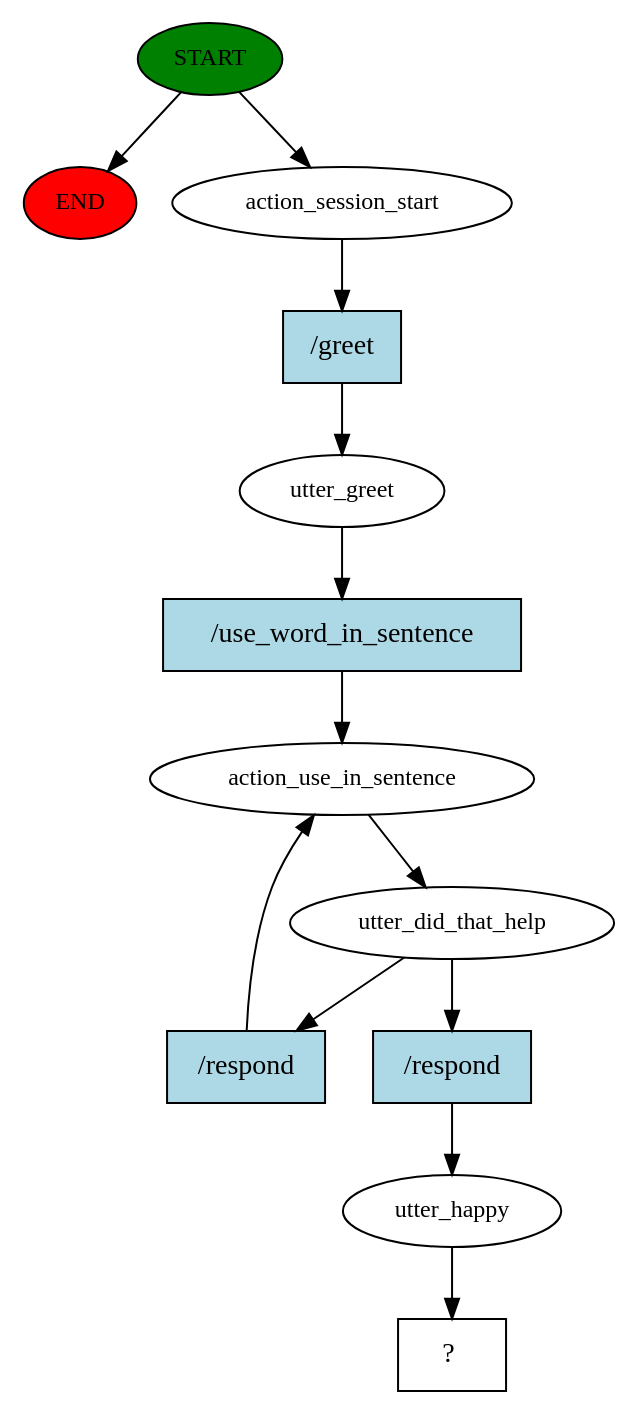
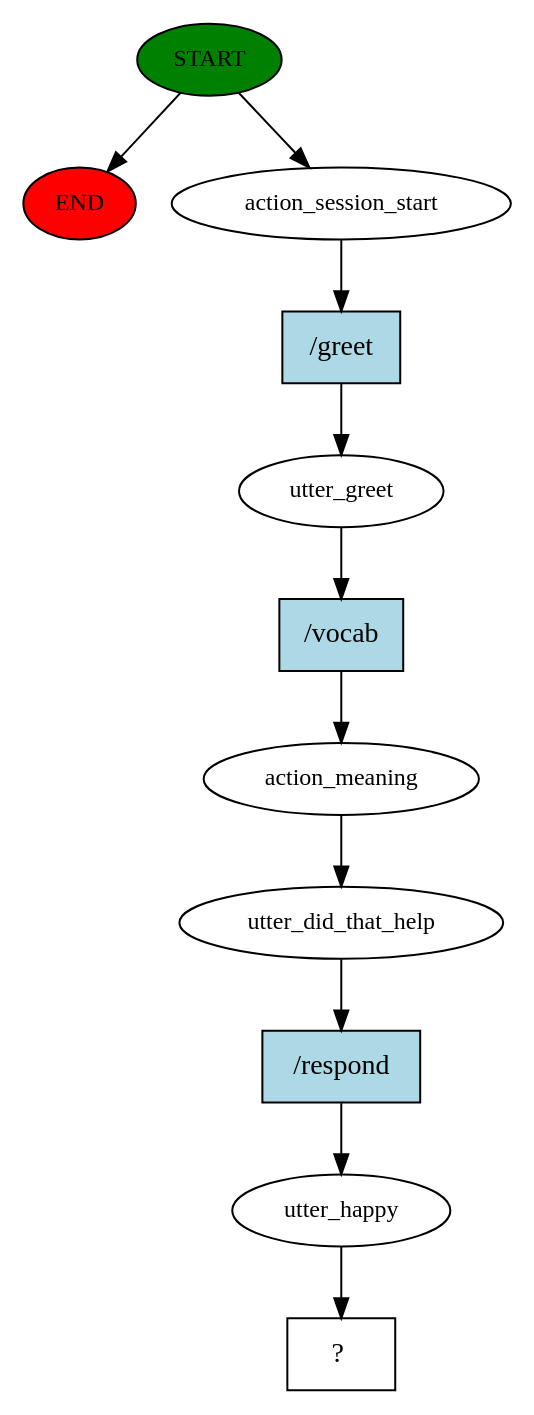
The diagram in story_graph.dot (SockAndSandal/Quire_GrammarChatbot), drawn with Graphviz before and after one commit. The commit also changed 11 other files, not shown here.

```diff
--- a/story_graph.dot
+++ b/story_graph.dot
@@ -1,26 +1,23 @@
 digraph  {
 0 [class="start active", fillcolor=green, fontsize=12, label=START, style=filled];
 "-1" [class=end, fillcolor=red, fontsize=12, label=END, style=filled];
 1 [class=active, fontsize=12, label=action_session_start];
 2 [class=active, fontsize=12, label=utter_greet];
-3 [class=active, fontsize=12, label=action_use_in_sentence];
+3 [class=active, fontsize=12, label=action_meaning];
 4 [class=active, fontsize=12, label=utter_did_that_help];
-9 [class=active, fontsize=12, label=utter_happy];
-10 [class="intent dashed active", label="  ?  ", shape=rect];
-11 [class="intent active", fillcolor=lightblue, label="/greet", shape=rect, style=filled];
-12 [class="intent active", fillcolor=lightblue, label="/use_word_in_sentence", shape=rect, style=filled];
-13 [class="intent active", fillcolor=lightblue, label="/respond", shape=rect, style=filled];
-14 [class="intent active", fillcolor=lightblue, label="/respond", shape=rect, style=filled];
+5 [class=active, fontsize=12, label=utter_happy];
+6 [class="intent dashed active", label="  ?  ", shape=rect];
+7 [class="intent active", fillcolor=lightblue, label="/greet", shape=rect, style=filled];
+8 [class="intent active", fillcolor=lightblue, label="/vocab", shape=rect, style=filled];
+9 [class="intent active", fillcolor=lightblue, label="/respond", shape=rect, style=filled];
 0 -> "-1"  [class="", key=NONE, label=""];
 0 -> 1  [class=active, key=NONE, label=""];
-1 -> 11  [class=active, key=0];
-2 -> 12  [class=active, key=0];
+1 -> 7  [class=active, key=0];
+2 -> 8  [class=active, key=0];
 3 -> 4  [class=active, key=NONE, label=""];
-4 -> 13  [class=active, key=0];
-4 -> 14  [class=active, key=0];
-9 -> 10  [class=active, key=NONE, label=""];
-11 -> 2  [class=active, key=0];
-12 -> 3  [class=active, key=0];
-13 -> 3  [class=active, key=0];
-14 -> 9  [class=active, key=0];
+4 -> 9  [class=active, key=0];
+5 -> 6  [class=active, key=NONE, label=""];
+7 -> 2  [class=active, key=0];
+8 -> 3  [class=active, key=0];
+9 -> 5  [class=active, key=0];
 }
```
